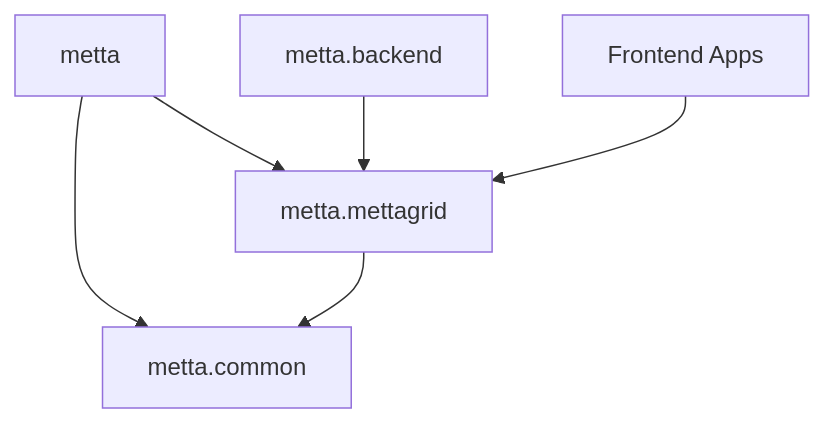
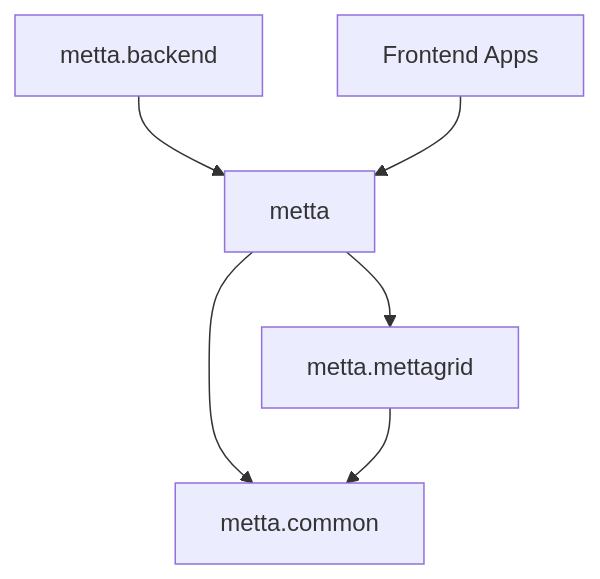
Before and after one commit to Metta-AI/metta: the diagram in mettagrid/REPO_ORGANIZATION.md, drawn with Mermaid.

````diff
--- a/mettagrid/REPO_ORGANIZATION.md
+++ b/mettagrid/REPO_ORGANIZATION.md
@@ -147,8 +147,8 @@
 ```mermaid
 graph TD
     A[metta] --> B[metta.mettagrid]
     A --> C[metta.common]
     B --> C
-    D[metta.backend] --> B
-    E[Frontend Apps] --> B
+    D[metta.backend] --> A
+    E[Frontend Apps] --> A
 ```
````
